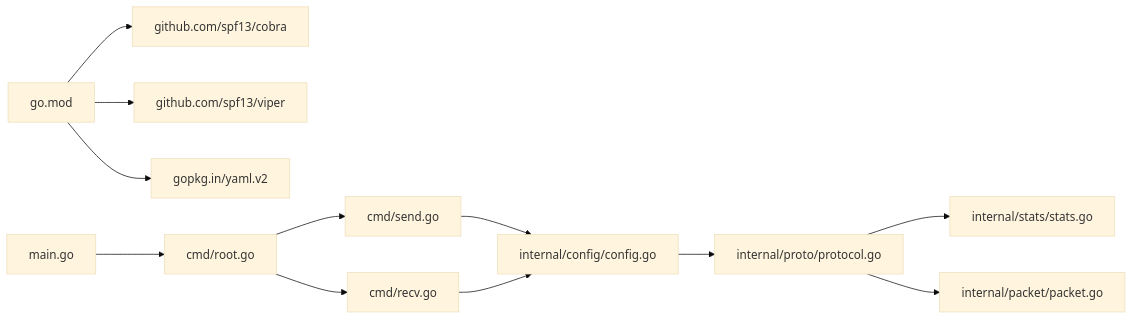
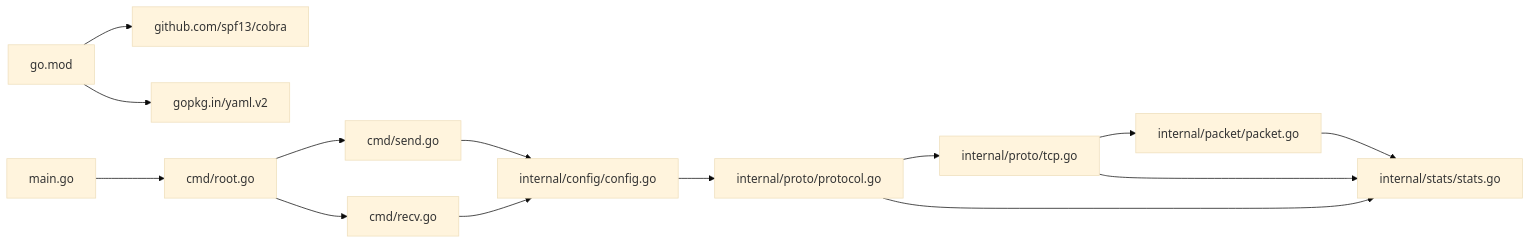
Before and after one commit to yanzhen74/ping-x: the eighth of 8 diagrams in .qoder/repowiki/zh/content/网络协议支持/TCP 协议测试.md, drawn with Mermaid (base theme). The commit also changed other lines of this file and 16 other files, not shown here.

````diff
--- a/.qoder/repowiki/zh/content/网络协议支持/TCP 协议测试.md
+++ b/.qoder/repowiki/zh/content/网络协议支持/TCP 协议测试.md
@@ -318,14 +425,16 @@
 ```mermaid
 graph LR
 GO_MOD["go.mod"] --> COBRA["github.com/spf13/cobra"]
-GO_MOD --> VIPER["github.com/spf13/viper"]
 GO_MOD --> YAML["gopkg.in/yaml.v2"]
 MAIN["main.go"] --> ROOT_CMD["cmd/root.go"]
 ROOT_CMD --> SEND_CMD["cmd/send.go"]
 ROOT_CMD --> RECV_CMD["cmd/recv.go"]
 SEND_CMD --> CFG["internal/config/config.go"]
 RECV_CMD --> CFG
 CFG --> PROTO["internal/proto/protocol.go"]
-PROTO --> STATS["internal/stats/stats.go"]
-PROTO --> PKT["internal/packet/packet.go"]
+PROTO --> TCP_IMPL["internal/proto/tcp.go"]
+TCP_IMPL --> PKT["internal/packet/packet.go"]
+TCP_IMPL --> STATS["internal/stats/stats.go"]
+PROTO --> STATS
+PKT --> STATS
 ```
````
